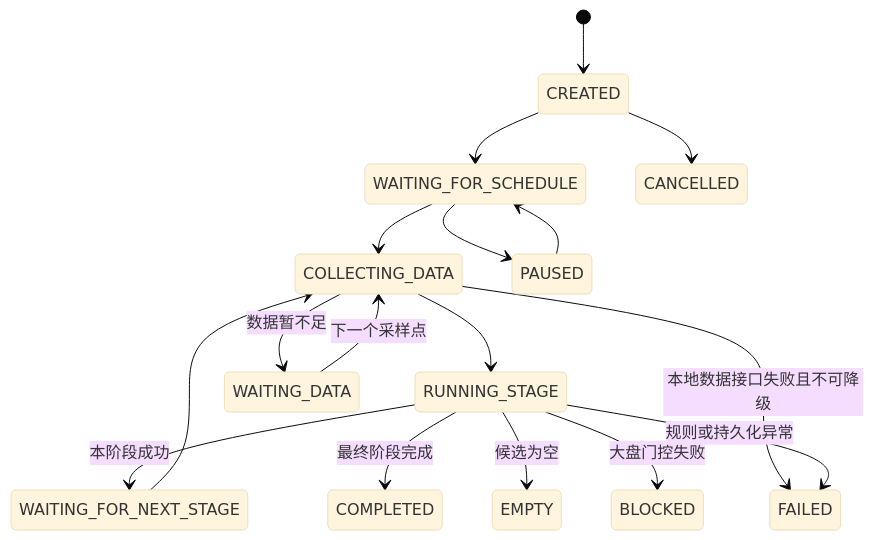
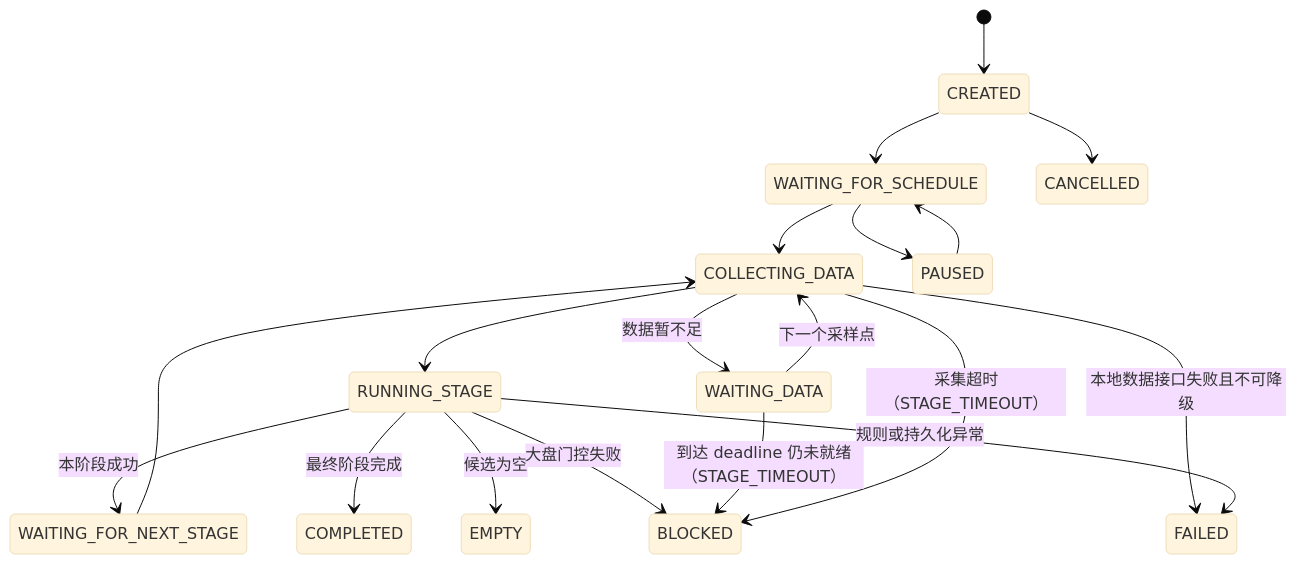
One commit to cvdnn/a_stock_agents changed the fifth of 7 diagrams in docs/specs/algorithm/configurable-funnel-feature-build-spec.md. Above: the diagram before and after it, drawn with Mermaid (base theme). The commit also changed other lines of this file and 35 other files, not shown here.

````diff
--- a/docs/specs/algorithm/configurable-funnel-feature-build-spec.md
+++ b/docs/specs/algorithm/configurable-funnel-feature-build-spec.md
@@ -651,19 +786,21 @@
 ```mermaid
 stateDiagram-v2
     [*] --> CREATED
     CREATED --> WAITING_FOR_SCHEDULE
     WAITING_FOR_SCHEDULE --> COLLECTING_DATA
     COLLECTING_DATA --> RUNNING_STAGE
     RUNNING_STAGE --> WAITING_FOR_NEXT_STAGE: 本阶段成功
     WAITING_FOR_NEXT_STAGE --> COLLECTING_DATA
     RUNNING_STAGE --> COMPLETED: 最终阶段完成
     RUNNING_STAGE --> EMPTY: 候选为空
     RUNNING_STAGE --> BLOCKED: 大盘门控失败
     COLLECTING_DATA --> WAITING_DATA: 数据暂不足
     WAITING_DATA --> COLLECTING_DATA: 下一个采样点
+    WAITING_DATA --> BLOCKED: 到达 deadline 仍未就绪（STAGE_TIMEOUT）
+    COLLECTING_DATA --> BLOCKED: 采集超时（STAGE_TIMEOUT）
     COLLECTING_DATA --> FAILED: 本地数据接口失败且不可降级
     RUNNING_STAGE --> FAILED: 规则或持久化异常
     CREATED --> CANCELLED
     WAITING_FOR_SCHEDULE --> PAUSED
     PAUSED --> WAITING_FOR_SCHEDULE
 ```
````
